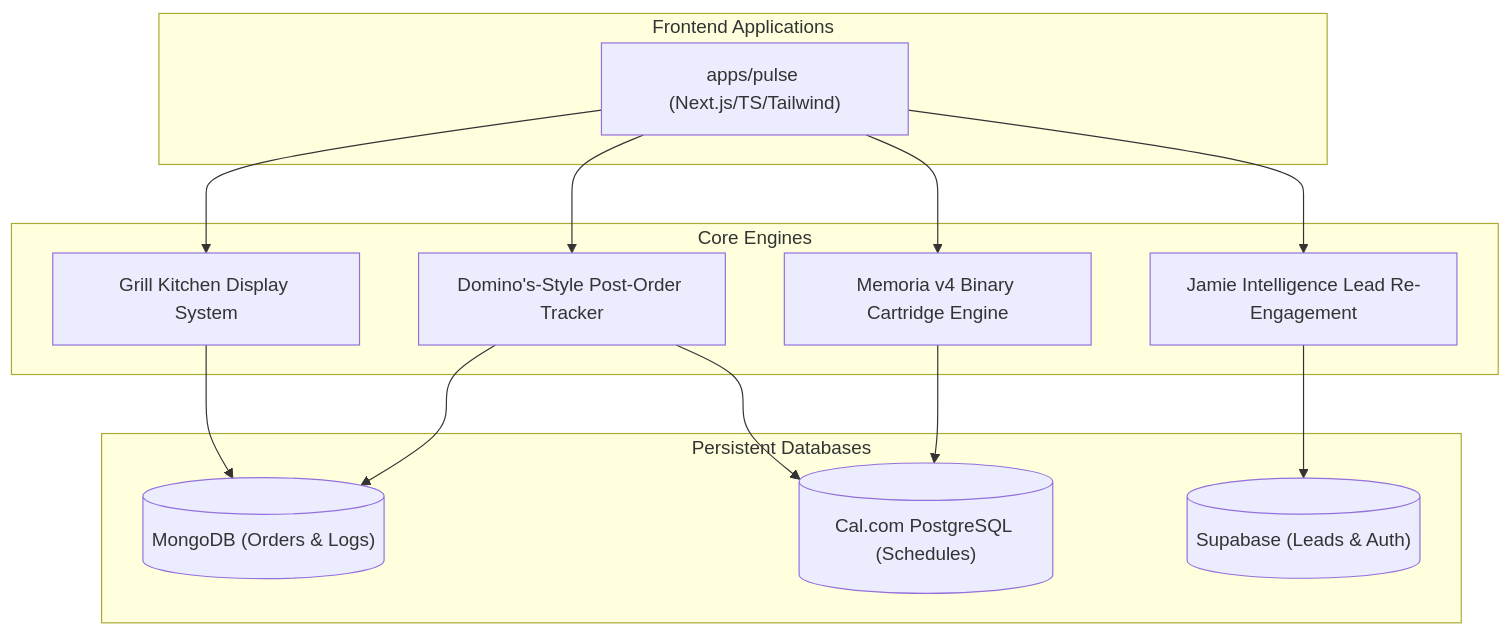
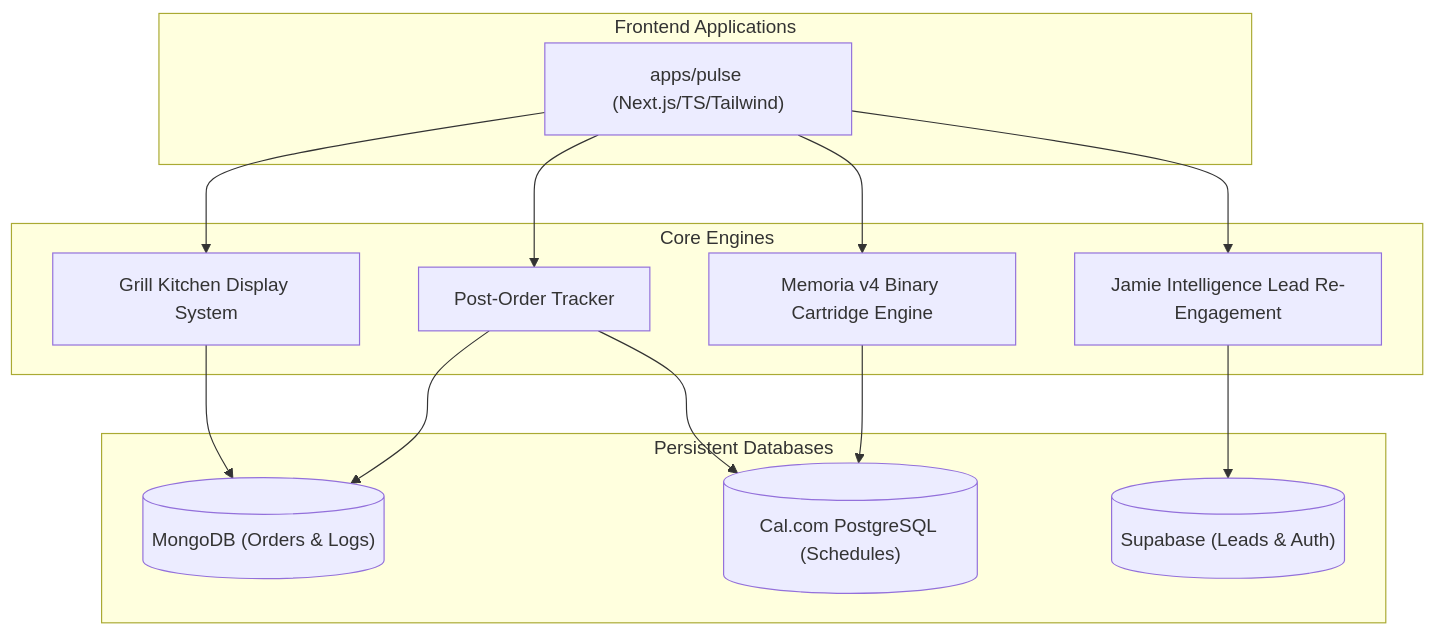
One commit to tahsrz/sunset-pulse changed the diagram in README.md. Above: the diagram before and after it, drawn with Mermaid.

````diff
--- a/README.md
+++ b/README.md
@@ -11,30 +11,30 @@
 ```mermaid
 graph TD
     subgraph FrontendApp ["Frontend Applications"]
         Pulse["apps/pulse (Next.js/TS/Tailwind)"]
     end
 
     subgraph Engines ["Core Engines"]
         KDS["Grill Kitchen Display System"]
-        Tracker["Domino's-Style Post-Order Tracker"]
+        Tracker["Post-Order Tracker"]
         Jamie["Jamie Intelligence Lead Re-Engagement"]
         Memoria["Memoria v4 Binary Cartridge Engine"]
     end
 
     subgraph DBs ["Persistent Databases"]
         Mongo[("MongoDB (Orders & Logs)")]
         Postgres[("Cal.com PostgreSQL (Schedules)")]
         Supa[("Supabase (Leads & Auth)")]
     end
 
     Pulse --> KDS
     Pulse --> Tracker
     Pulse --> Jamie
     Pulse --> Memoria
 
     KDS --> Mongo
     Tracker --> Mongo
     Tracker --> Postgres
     Jamie --> Supa
     Memoria --> Postgres
 ```
````
